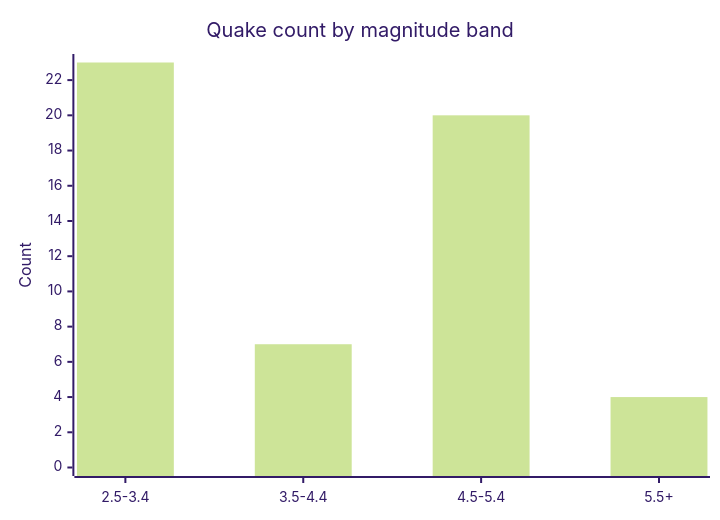
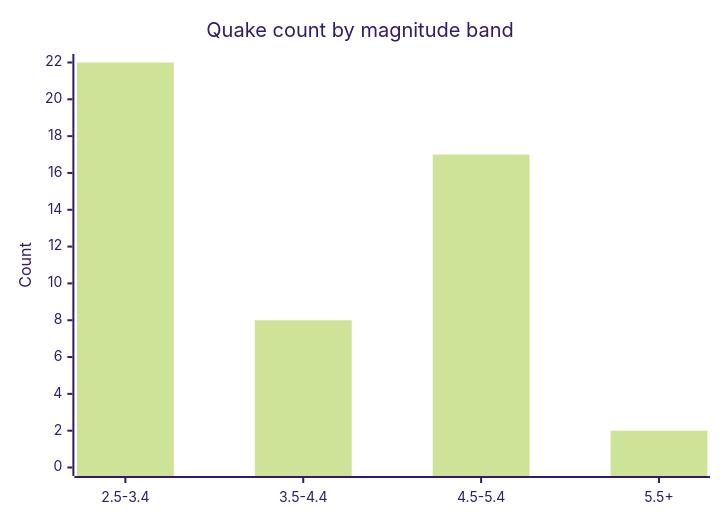
The fifth of 6 diagrams in docs/GRAPHS.md (Midwest-Stratospheric/aerostratospheric-defense-gir), drawn with Mermaid (forest theme) before and after one commit. The commit also changed other lines of this file and 23 other files, not shown here.

````diff
--- a/docs/GRAPHS.md
+++ b/docs/GRAPHS.md
@@ -82,7 +82,7 @@
 ```mermaid
 xychart-beta
   title "Quake count by magnitude band"
   x-axis ["2.5-3.4", "3.5-4.4", "4.5-5.4", "5.5+"]
-  y-axis "Count" 0 --> 23
-  bar [23, 7, 20, 4]
+  y-axis "Count" 0 --> 22
+  bar [22, 8, 17, 2]
 ```
````
